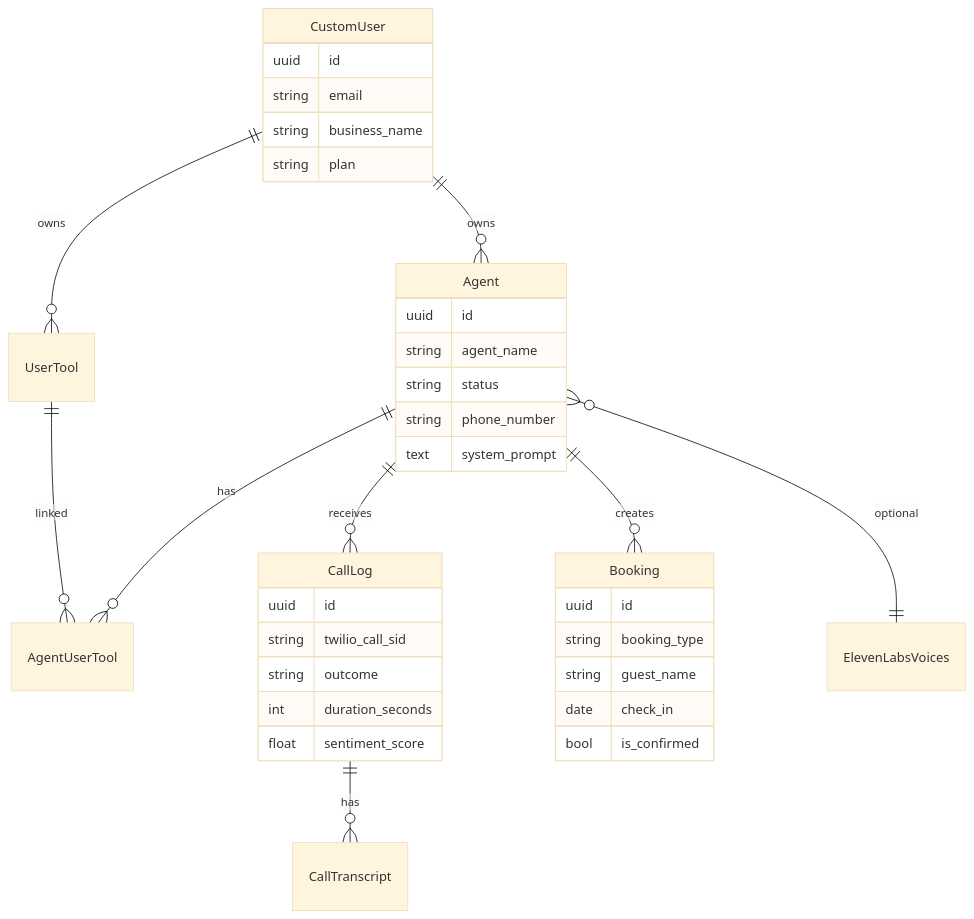
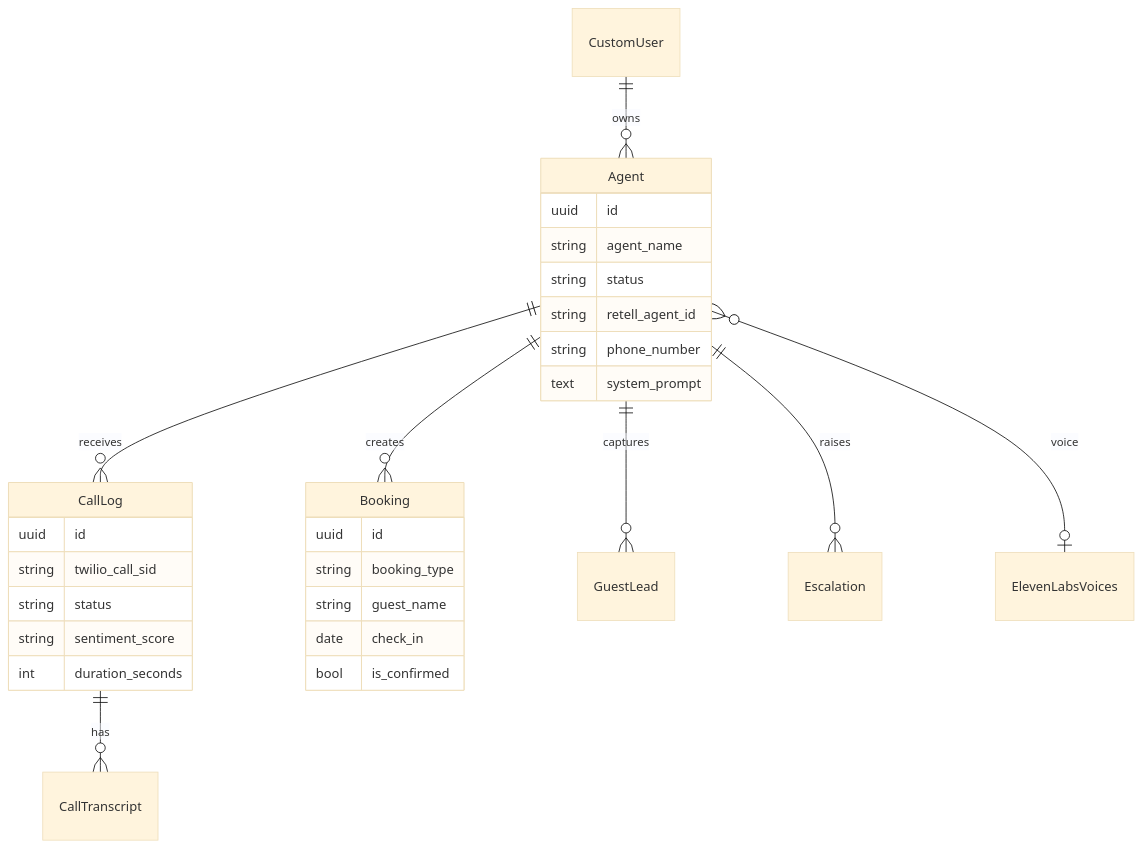
One commit to karan-chandel-asc/ai-voice-agent-platform changed the third of 4 diagrams in README.md. Above: the diagram before and after it, drawn with Mermaid (base theme). The commit also changed other lines of this file and 53 other files, not shown here.

````diff
--- a/README.md
+++ b/README.md
@@ -126,39 +164,33 @@
 ```mermaid
 erDiagram
   CustomUser ||--o{ Agent : owns
-  CustomUser ||--o{ UserTool : owns
-  Agent ||--o{ AgentUserTool : has
-  UserTool ||--o{ AgentUserTool : linked
   Agent ||--o{ CallLog : receives
   Agent ||--o{ Booking : creates
+  Agent ||--o{ GuestLead : captures
+  Agent ||--o{ Escalation : raises
   CallLog ||--o{ CallTranscript : has
-  Agent }o--|| ElevenLabsVoices : optional
+  Agent }o--o| ElevenLabsVoices : voice
 
-  CustomUser {
-    uuid id
-    string email
-    string business_name
-    string plan
-  }
   Agent {
     uuid id
     string agent_name
     string status
+    string retell_agent_id
     string phone_number
     text system_prompt
   }
   Booking {
     uuid id
     string booking_type
     string guest_name
     date check_in
     bool is_confirmed
   }
   CallLog {
     uuid id
     string twilio_call_sid
-    string outcome
+    string status
+    string sentiment_score
     int duration_seconds
-    float sentiment_score
   }
 ```
````
